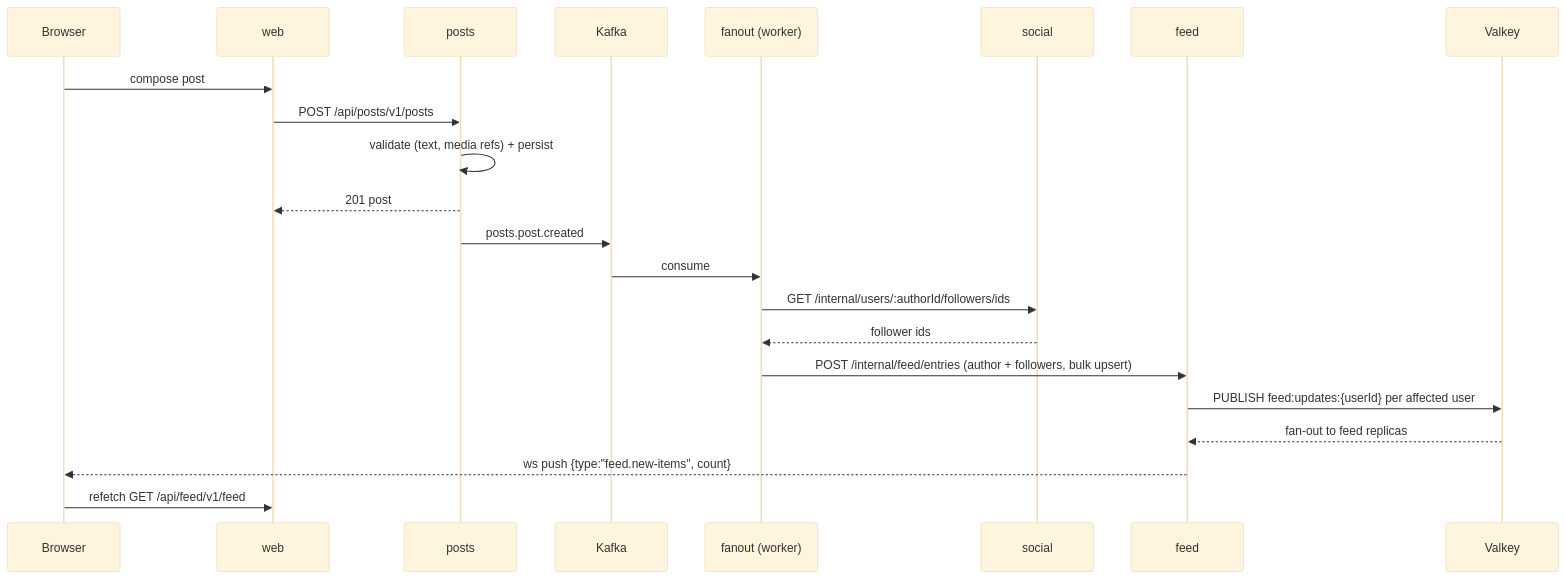
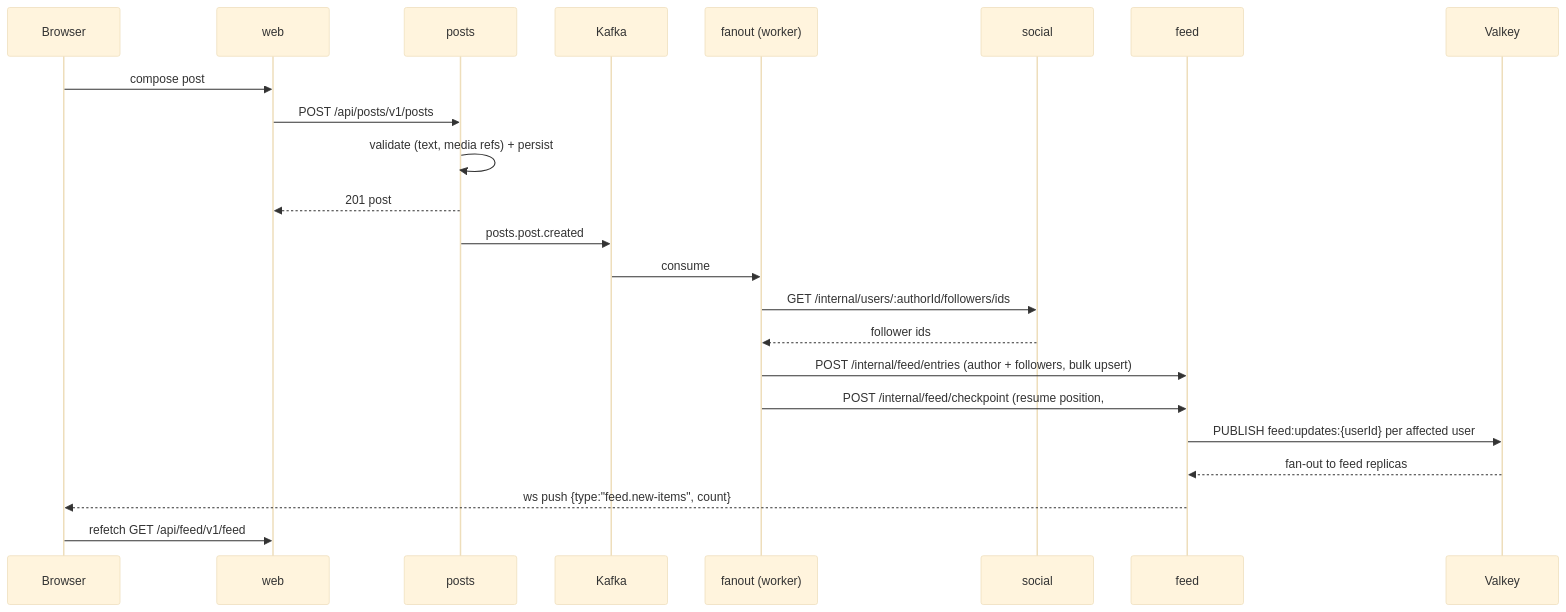
One commit to jdc-projects/xitter changed the first of 5 diagrams in docs/specs/architecture/04-event-driven-flows.md. Above: the diagram before and after it, drawn with Mermaid (base theme). The commit also changed other lines of this file and 23 other files, not shown here.

First line of the commit message:
feat(fanout,feed): durable resumeFrom checkpoint for fanout - boot must not seek to log end (#149)

````diff
--- a/docs/specs/architecture/04-event-driven-flows.md
+++ b/docs/specs/architecture/04-event-driven-flows.md
@@ -69,25 +69,26 @@
 ```mermaid
 sequenceDiagram
     participant B as Browser
     participant W as web
     participant P as posts
     participant K as Kafka
     participant F as fanout (worker)
     participant S as social
     participant FD as feed
     participant V as Valkey
 
     B->>W: compose post
     W->>P: POST /api/posts/v1/posts
     P->>P: validate (text, media refs) + persist
     P-->>W: 201 post
     P->>K: posts.post.created
     K->>F: consume
     F->>S: GET /internal/users/:authorId/followers/ids
     S-->>F: follower ids
     F->>FD: POST /internal/feed/entries (author + followers, bulk upsert)
+    F->>FD: POST /internal/feed/checkpoint (resume position, #149)
     FD->>V: PUBLISH feed:updates:{userId} per affected user
     V-->>FD: fan-out to feed replicas
     FD-->>B: ws push {type:"feed.new-items", count}
     B->>W: refetch GET /api/feed/v1/feed
 ```
````
